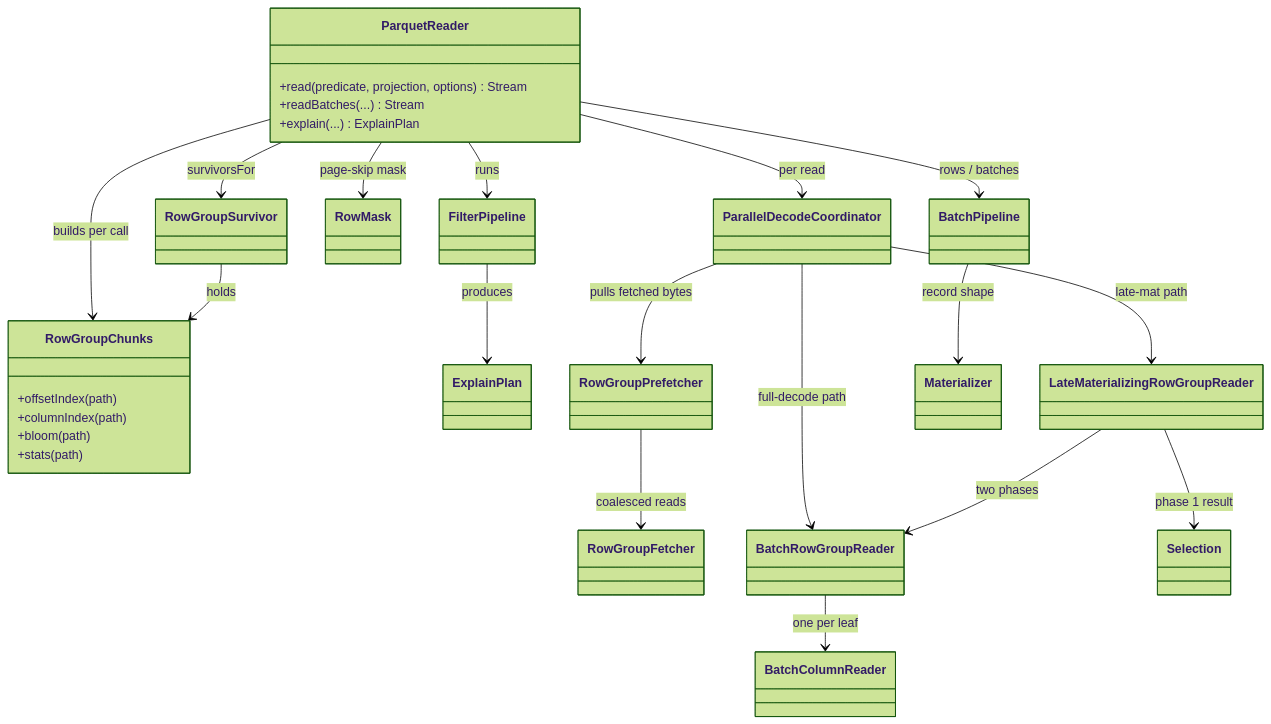
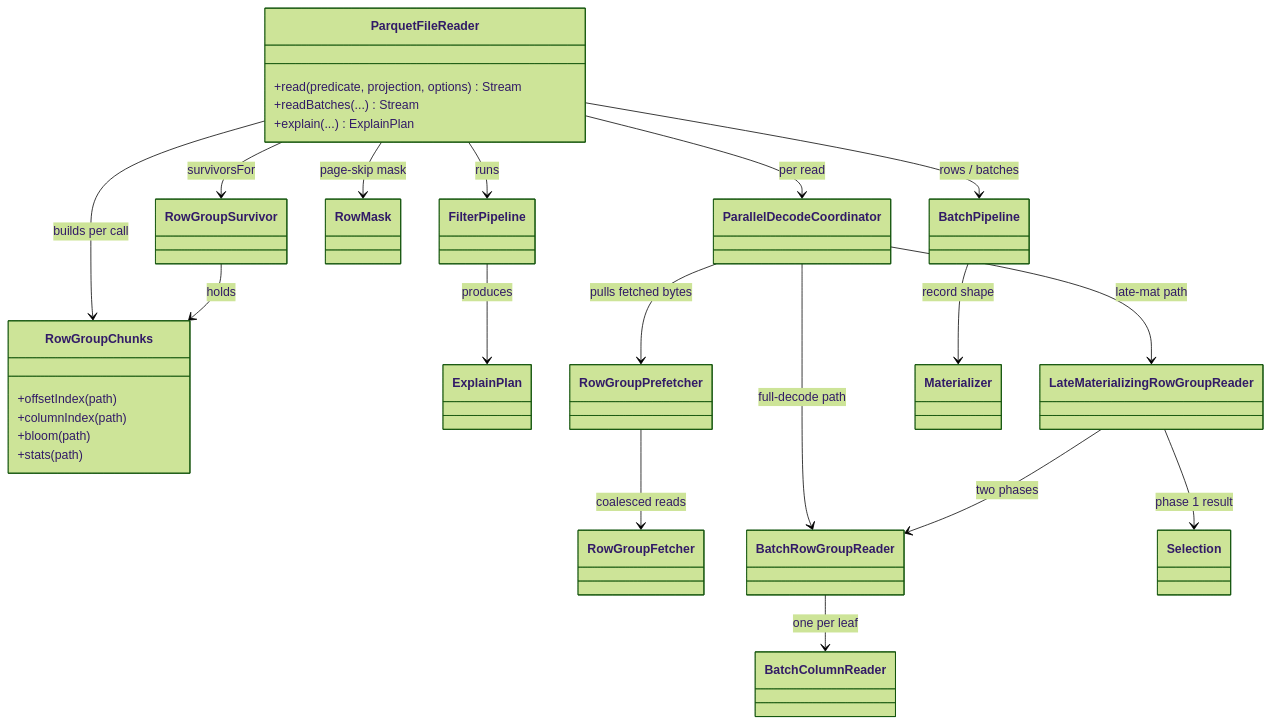
The seventh of 7 diagrams in docs/read-path.md (tileverse-io/parquetry), drawn with Mermaid (forest theme) before and after one commit. The commit also changed other lines of this file and 202 other files, not shown here.

````diff
--- a/docs/read-path.md
+++ b/docs/read-path.md
@@ -308,44 +308,44 @@
 ```mermaid
 classDiagram
-    class ParquetReader {
+    class ParquetFileReader {
         +read(predicate, projection, options) Stream
         +readBatches(...) Stream
         +explain(...) ExplainPlan
     }
     class RowGroupChunks {
         +offsetIndex(path)
         +columnIndex(path)
         +bloom(path)
         +stats(path)
     }
     class FilterPipeline
     class ExplainPlan
     class RowGroupSurvivor
     class RowMask
     class ParallelDecodeCoordinator
     class RowGroupPrefetcher
     class RowGroupFetcher
     class BatchRowGroupReader
     class BatchColumnReader
     class LateMaterializingRowGroupReader
     class Selection
     class BatchPipeline
     class Materializer
 
-    ParquetReader --> RowGroupChunks : builds per call
-    ParquetReader --> FilterPipeline : runs
+    ParquetFileReader --> RowGroupChunks : builds per call
+    ParquetFileReader --> FilterPipeline : runs
     FilterPipeline --> ExplainPlan : produces
-    ParquetReader --> RowGroupSurvivor : survivorsFor
+    ParquetFileReader --> RowGroupSurvivor : survivorsFor
     RowGroupSurvivor --> RowGroupChunks : holds
-    ParquetReader --> RowMask : page-skip mask
-    ParquetReader --> ParallelDecodeCoordinator : per read
+    ParquetFileReader --> RowMask : page-skip mask
+    ParquetFileReader --> ParallelDecodeCoordinator : per read
     ParallelDecodeCoordinator --> RowGroupPrefetcher : pulls fetched bytes
     RowGroupPrefetcher --> RowGroupFetcher : coalesced reads
     ParallelDecodeCoordinator --> BatchRowGroupReader : full-decode path
     ParallelDecodeCoordinator --> LateMaterializingRowGroupReader : late-mat path
     BatchRowGroupReader --> BatchColumnReader : one per leaf
     LateMaterializingRowGroupReader --> BatchRowGroupReader : two phases
     LateMaterializingRowGroupReader --> Selection : phase 1 result
-    ParquetReader --> BatchPipeline : rows / batches
+    ParquetFileReader --> BatchPipeline : rows / batches
     BatchPipeline --> Materializer : record shape
 ```
````
